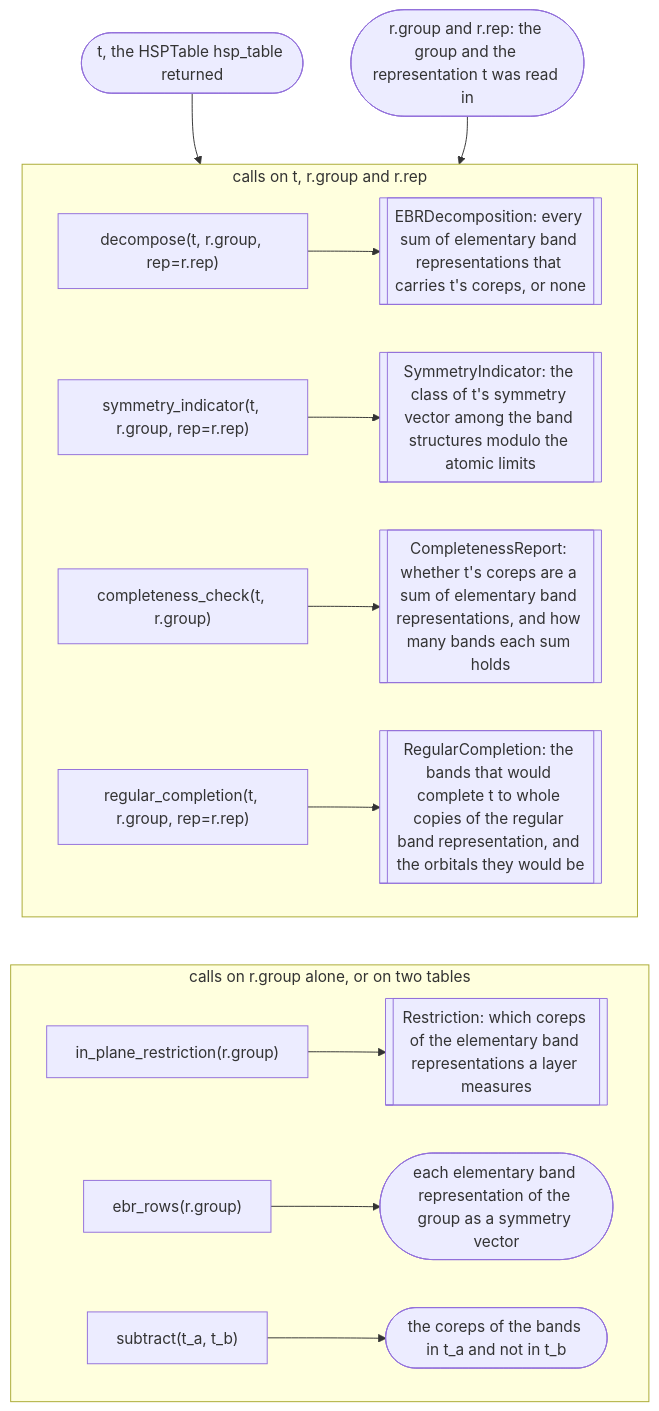
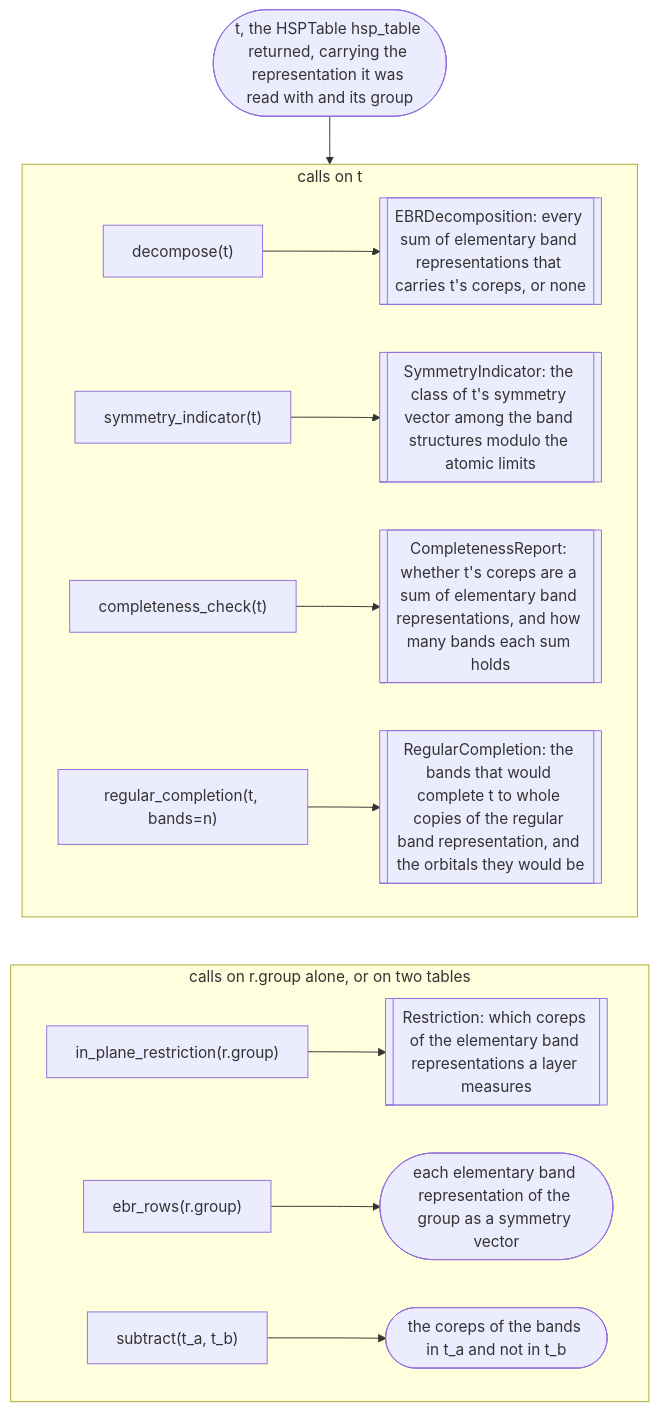
The seventh of 8 diagrams in docs/background/modules.md (bbradlyn/pythtqc), drawn with Mermaid before and after one commit. The commit also changed other lines of this file and 30 other files, not shown here.

First line of the commit message:
pythtqc: a table is read in the group it carries, and the SRSI formulas written out

````diff
--- a/docs/background/modules.md
+++ b/docs/background/modules.md
@@ -229,24 +229,22 @@
 ```mermaid
 flowchart TD
-    e_t(["t, the HSPTable hsp_table returned"])
-    e_r(["r.group and r.rep: the group and the representation t was read in"])
+    e_t(["t, the HSPTable hsp_table returned, carrying the representation it was read with and its group"])
 
     e_t --> e_calls
-    e_r --> e_calls
     e_calls ~~~ e_other
 
-    subgraph e_calls ["calls on t, r.group and r.rep"]
+    subgraph e_calls ["calls on t"]
         direction LR
-        e_dec["decompose(t, r.group, rep=r.rep)"] --> e_D[["EBRDecomposition: every sum of elementary band representations that carries t's coreps, or none"]]
-        e_si["symmetry_indicator(t, r.group, rep=r.rep)"] --> e_SI[["SymmetryIndicator: the class of t's symmetry vector among the band structures modulo the atomic limits"]]
-        e_cc["completeness_check(t, r.group)"] --> e_CR[["CompletenessReport: whether t's coreps are a sum of elementary band representations, and how many bands each sum holds"]]
-        e_rc["regular_completion(t, r.group, rep=r.rep)"] --> e_RC[["RegularCompletion: the bands that would complete t to whole copies of the regular band representation, and the orbitals they would be"]]
+        e_dec["decompose(t)"] --> e_D[["EBRDecomposition: every sum of elementary band representations that carries t's coreps, or none"]]
+        e_si["symmetry_indicator(t)"] --> e_SI[["SymmetryIndicator: the class of t's symmetry vector among the band structures modulo the atomic limits"]]
+        e_cc["completeness_check(t)"] --> e_CR[["CompletenessReport: whether t's coreps are a sum of elementary band representations, and how many bands each sum holds"]]
+        e_rc["regular_completion(t, bands=n)"] --> e_RC[["RegularCompletion: the bands that would complete t to whole copies of the regular band representation, and the orbitals they would be"]]
     end
 
     subgraph e_other ["calls on r.group alone, or on two tables"]
         direction LR
         e_ipr["in_plane_restriction(r.group)"] --> e_R[["Restriction: which coreps of the elementary band representations a layer measures"]]
         e_rows["ebr_rows(r.group)"] --> e_rows_out(["each elementary band representation of the group as a symmetry vector"])
         e_sub["subtract(t_a, t_b)"] --> e_sub_out(["the coreps of the bands in t_a and not in t_b"])
     end
 ```
````
